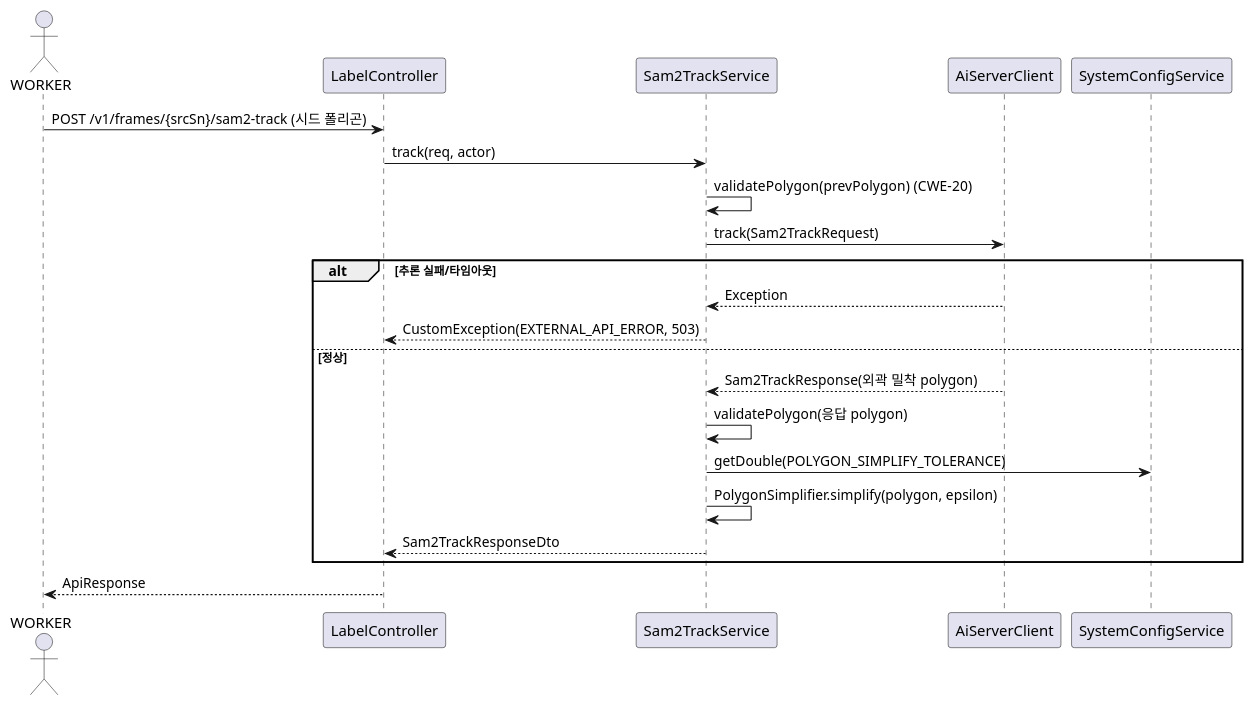
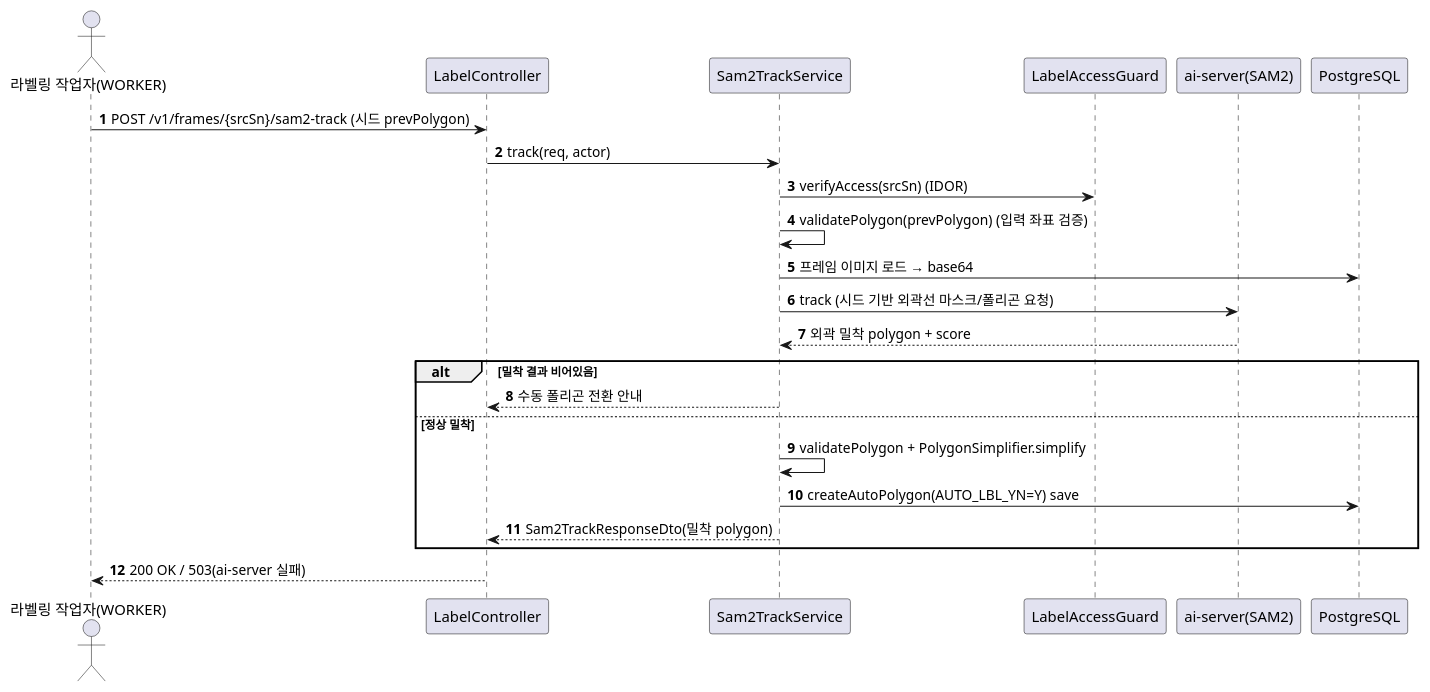
One commit to New-stella/klid-label changed the sixth of 18 diagrams in docs/design/D1-클래스설계서.md. Above: the diagram before and after it, drawn with PlantUML. The commit also changed other lines of this file and 36 other files, not shown here.

````diff
--- a/docs/design/D1-클래스설계서.md
+++ b/docs/design/D1-클래스설계서.md
@@ -162,25 +350,27 @@
 ```plantuml
 @startuml
-actor "WORKER" as W
-participant "LabelController" as C
-participant "Sam2TrackService" as S
-participant "AiServerClient" as AI
-participant "SystemConfigService" as CFG
+autonumber
+actor "라벨링 작업자(WORKER)" as WK
+participant "LabelController" as LC
+participant "Sam2TrackService" as STS
+participant "LabelAccessGuard" as AG
+participant "ai-server(SAM2)" as AI
+participant "PostgreSQL" as DB
 
-W -> C : POST /v1/frames/{srcSn}/sam2-track (시드 폴리곤)
-C -> S : track(req, actor)
-S -> S : validatePolygon(prevPolygon)  (CWE-20)
-S -> AI : track(Sam2TrackRequest)
-alt 추론 실패/타임아웃
-  AI --> S : Exception
-  S --> C : CustomException(EXTERNAL_API_ERROR, 503)
-else 정상
-  AI --> S : Sam2TrackResponse(외곽 밀착 polygon)
-  S -> S : validatePolygon(응답 polygon)
-  S -> CFG : getDouble(POLYGON_SIMPLIFY_TOLERANCE)
-  S -> S : PolygonSimplifier.simplify(polygon, epsilon)
-  S --> C : Sam2TrackResponseDto
+WK -> LC : POST /v1/frames/{srcSn}/sam2-track (시드 prevPolygon)
+LC -> STS : track(req, actor)
+STS -> AG : verifyAccess(srcSn) (IDOR)
+STS -> STS : validatePolygon(prevPolygon) (입력 좌표 검증)
+STS -> DB : 프레임 이미지 로드 → base64
+STS -> AI : track (시드 기반 외곽선 마스크/폴리곤 요청)
+AI --> STS : 외곽 밀착 polygon + score
+alt 밀착 결과 비어있음
+  STS --> LC : 수동 폴리곤 전환 안내
+else 정상 밀착
+  STS -> STS : validatePolygon + PolygonSimplifier.simplify
+  STS -> DB : createAutoPolygon(AUTO_LBL_YN=Y) save
+  STS --> LC : Sam2TrackResponseDto(밀착 polygon)
 end
-C --> W : ApiResponse
+LC --> WK : 200 OK / 503(ai-server 실패)
 @enduml
 ```
````
